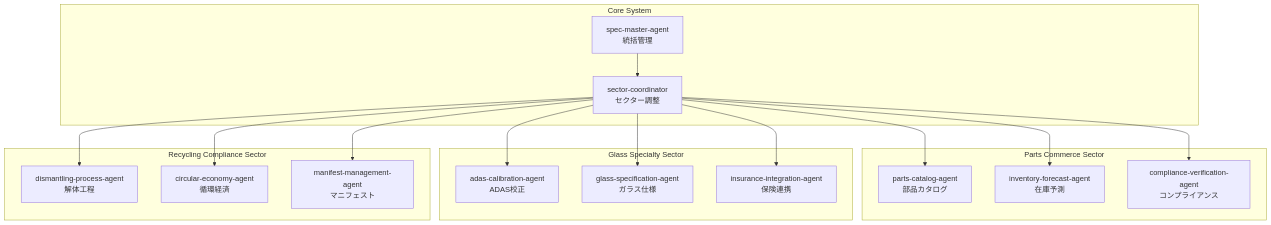
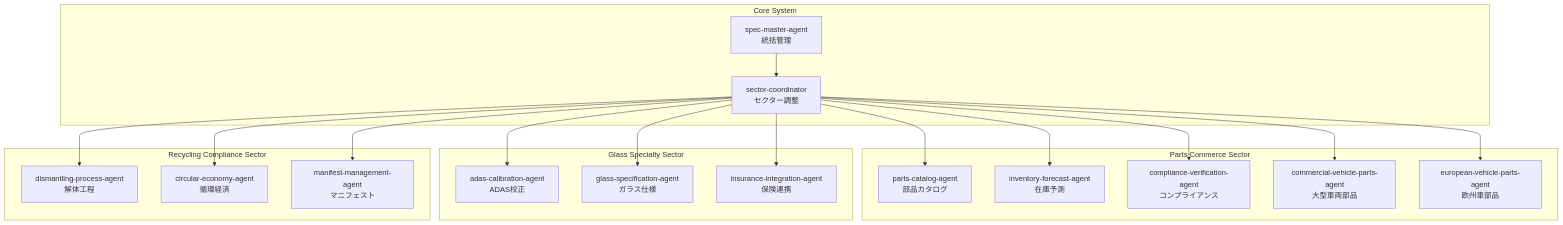
Before and after one commit to KEIEI-NET/spec-agent: the diagram in README.md, drawn with Mermaid. The commit also changed other lines of this file and 4 other files, not shown here.

````diff
--- a/README.md
+++ b/README.md
@@ -35,30 +53,32 @@
 ```mermaid
 graph TB
     subgraph "Core System"
         Master[spec-master-agent<br/>統括管理]
         Coord[sector-coordinator<br/>セクター調整]
     end
     
     subgraph "Parts Commerce Sector"
         PC1[parts-catalog-agent<br/>部品カタログ]
         PC2[inventory-forecast-agent<br/>在庫予測]
         PC3[compliance-verification-agent<br/>コンプライアンス]
+        PC4[commercial-vehicle-parts-agent<br/>大型車両部品]
+        PC5[european-vehicle-parts-agent<br/>欧州車部品]
     end
     
     subgraph "Glass Specialty Sector"
         GS1[adas-calibration-agent<br/>ADAS校正]
         GS2[glass-specification-agent<br/>ガラス仕様]
         GS3[insurance-integration-agent<br/>保険連携]
     end
     
     subgraph "Recycling Compliance Sector"
         RC1[dismantling-process-agent<br/>解体工程]
         RC2[circular-economy-agent<br/>循環経済]
         RC3[manifest-management-agent<br/>マニフェスト]
     end
     
     Master --> Coord
-    Coord --> PC1 & PC2 & PC3
+    Coord --> PC1 & PC2 & PC3 & PC4 & PC5
     Coord --> GS1 & GS2 & GS3
     Coord --> RC1 & RC2 & RC3
 ```
````
